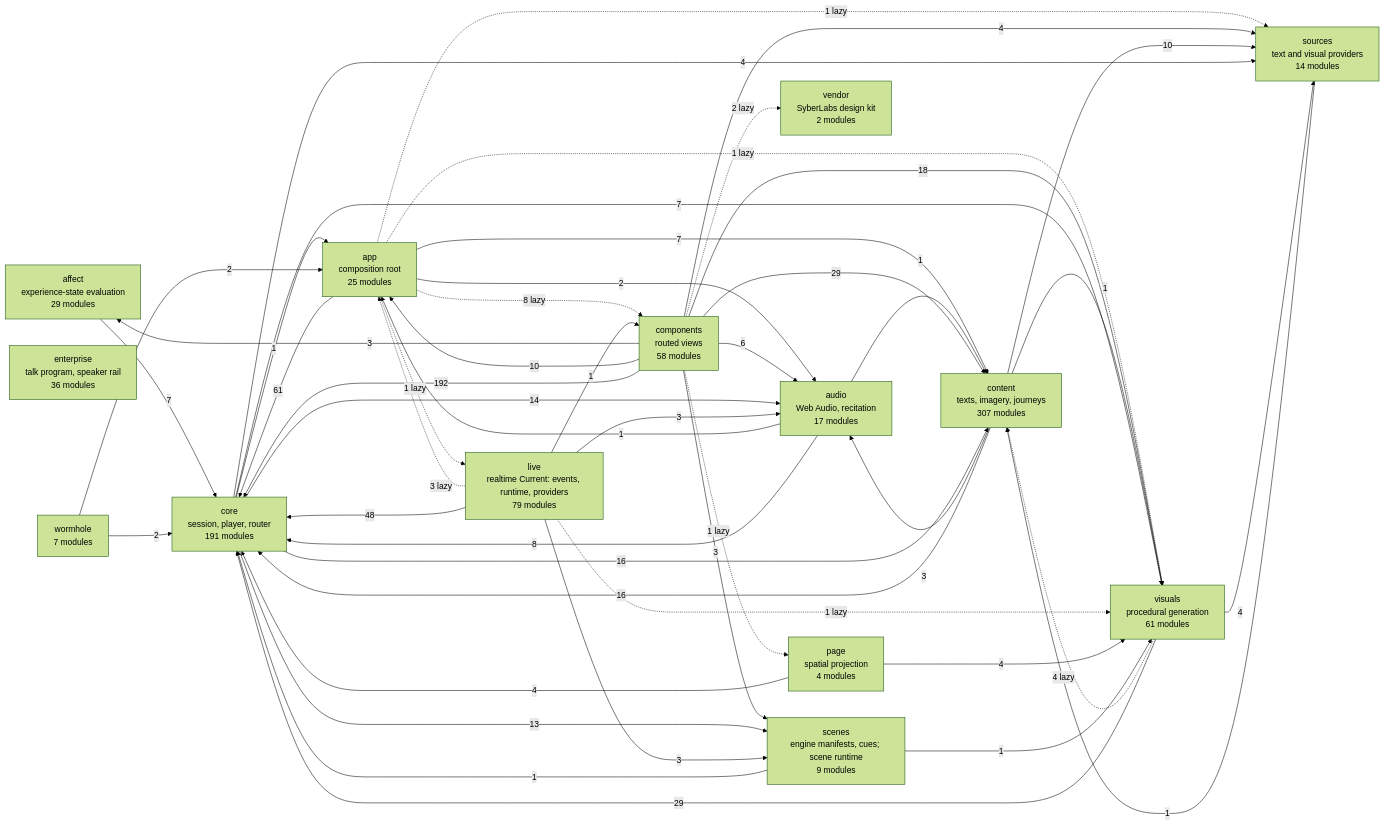
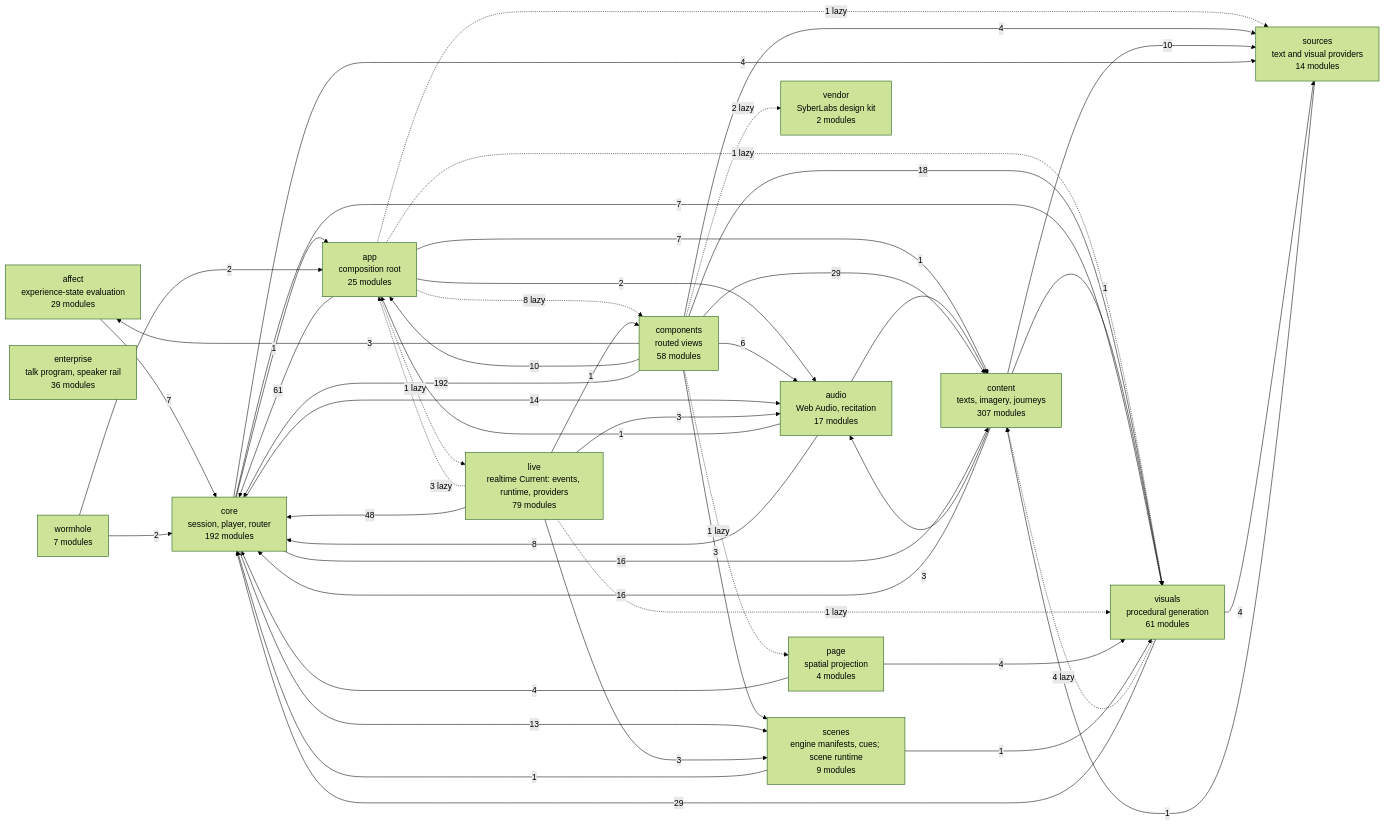
One commit to SyberLabs/RISE changed the diagram in docs/specs/ARCHITECTURE.md. Above: the diagram before and after it, drawn with Mermaid (forest theme).

Commit message:
Architecture diagram: core counts the listed teams module

````diff
--- a/docs/specs/ARCHITECTURE.md
+++ b/docs/specs/ARCHITECTURE.md
@@ -161,65 +161,65 @@
 ```mermaid
 flowchart LR
     affect["affect<br/>experience-state evaluation<br/>29 modules"]
     app["app<br/>composition root<br/>25 modules"]
     audio["audio<br/>Web Audio, recitation<br/>17 modules"]
     components["components<br/>routed views<br/>58 modules"]
     content["content<br/>texts, imagery, journeys<br/>307 modules"]
-    core["core<br/>session, player, router<br/>191 modules"]
+    core["core<br/>session, player, router<br/>192 modules"]
     enterprise["enterprise<br/>talk program, speaker rail<br/>36 modules"]
     live["live<br/>realtime Current: events, runtime, providers<br/>79 modules"]
     page["page<br/>spatial projection<br/>4 modules"]
     scenes["scenes<br/>engine manifests, cues; scene runtime<br/>9 modules"]
     sources["sources<br/>text and visual providers<br/>14 modules"]
     vendor["vendor<br/>SyberLabs design kit<br/>2 modules"]
     visuals["visuals<br/>procedural generation<br/>61 modules"]
     wormhole["wormhole<br/>7 modules"]
 
     affect --> |7| core
     app --> |2| audio
     app -.-> |8 lazy| components
     app --> |7| content
     app --> |61| core
     app -.-> |1 lazy| live
     app -.-> |1 lazy| sources
     app -.-> |1 lazy| visuals
     audio --> |1| app
     audio --> |1| content
     audio --> |8| core
     components --> |3| affect
     components --> |10| app
     components --> |6| audio
     components --> |29| content
     components --> |192| core
     components -.-> |1 lazy| page
     components --> |3| scenes
     components --> |4| sources
     components -.-> |2 lazy| vendor
     components --> |18| visuals
     content --> |3| audio
     content --> |16| core
     content --> |10| sources
     content --> |1| visuals
     core --> |1| app
     core --> |14| audio
     core --> |16| content
     core --> |13| scenes
     core --> |4| sources
     core --> |7| visuals
     live -.-> |3 lazy| app
     live --> |3| audio
     live --> |1| components
     live --> |48| core
     live --> |3| scenes
     live -.-> |1 lazy| visuals
     page --> |4| core
     page --> |4| visuals
     scenes --> |1| core
     scenes --> |1| visuals
     sources --> |1| content
     visuals -.-> |4 lazy| content
     visuals --> |29| core
     visuals --> |4| sources
     wormhole --> |2| app
     wormhole --> |2| core
 ```
````
